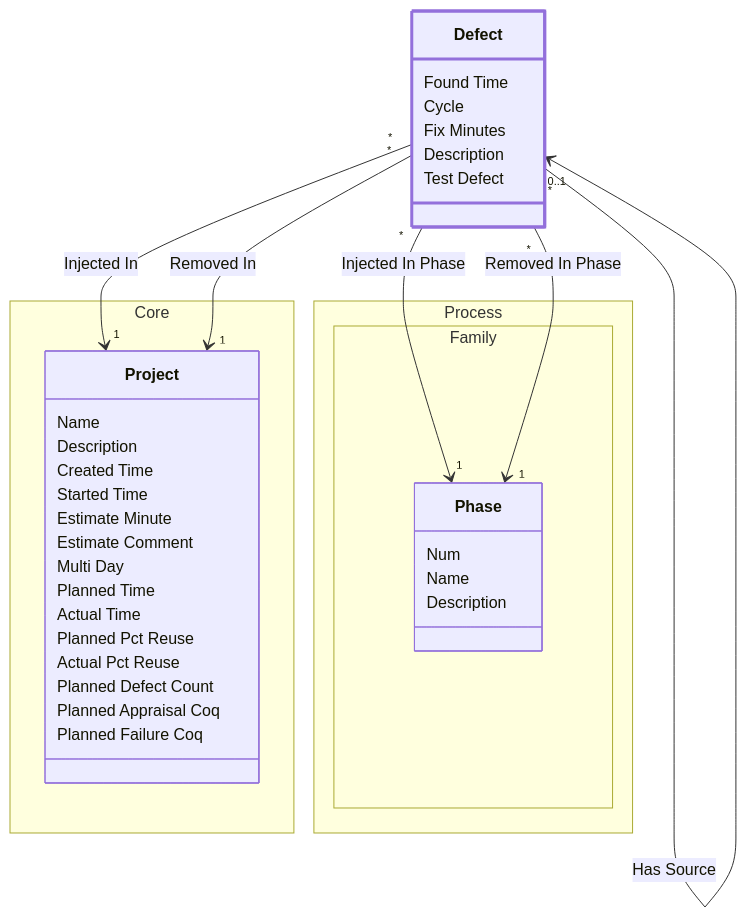
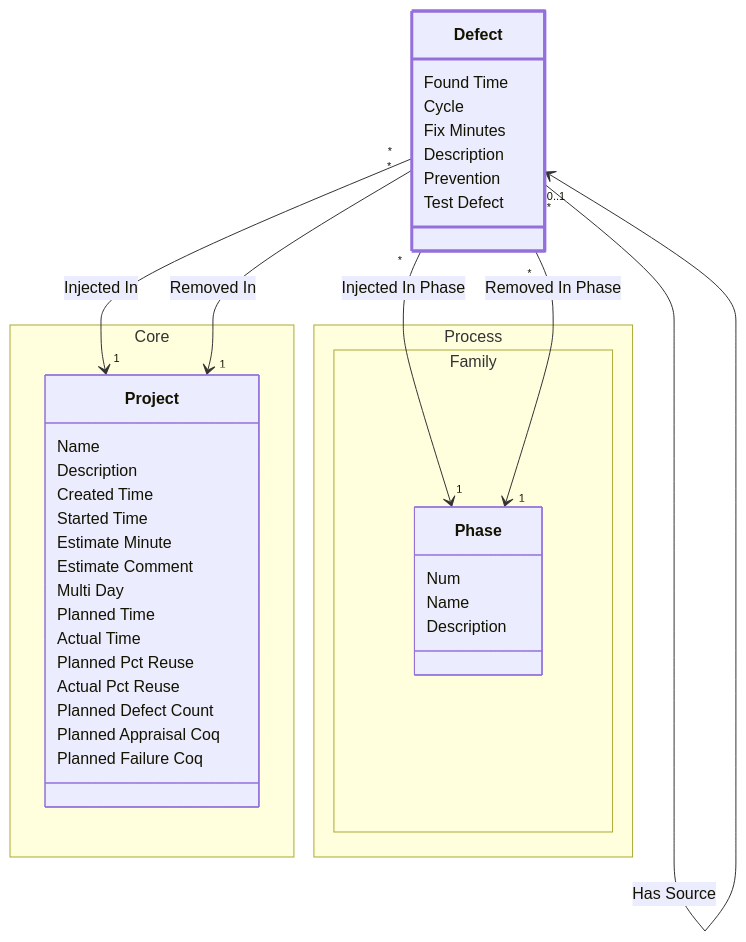
Before and after one commit to glemzurg/glemzurg: the diagram in examples/requirements/req/output/development/class-domain.project.subdomain.quality.class.defect.md, drawn with Mermaid. The commit also changed other lines of this file and 79 other files, not shown here.

````diff
--- a/examples/requirements/req/output/development/class-domain.project.subdomain.quality.class.defect.md
+++ b/examples/requirements/req/output/development/class-domain.project.subdomain.quality.class.defect.md
@@ -27,47 +28,48 @@
 ```mermaid
 ---
 config:
   class:
     hideEmptyMembersBox: true
 ---
 classDiagram
 class class_domain_project_subdomain_quality_class_defect["Defect"] {
         Found Time
         Cycle
         Fix Minutes
         Description
+        Prevention
         Test Defect
     }
 namespace Core {
 class class_domain_project_subdomain_core_class_project["Project"] {
             Name
             Description
             Created Time
             Started Time
             Estimate Minute
             Estimate Comment
             Multi Day
             Planned Time
             Actual Time
             Planned Pct Reuse
             Actual Pct Reuse
             Planned Defect Count
             Planned Appraisal Coq
             Planned Failure Coq
         }
 }
 namespace Process.Family {
 class class_domain_process_subdomain_family_class_phase["Phase"] {
             Num
             Name
             Description
         }
 }
 style class_domain_project_subdomain_quality_class_defect stroke:#9370DB,stroke-width:3px
 class_domain_project_subdomain_quality_class_defect "*" --> "1" class_domain_process_subdomain_family_class_phase : Injected In Phase
 class_domain_project_subdomain_quality_class_defect "*" --> "1" class_domain_process_subdomain_family_class_phase : Removed In Phase
 class_domain_project_subdomain_quality_class_defect "*" --> "1" class_domain_project_subdomain_core_class_project : Injected In
 class_domain_project_subdomain_quality_class_defect "*" --> "1" class_domain_project_subdomain_core_class_project : Removed In
 class_domain_project_subdomain_quality_class_defect "*" --> "0..1" class_domain_project_subdomain_quality_class_defect : Has Source
 
 ```
````
